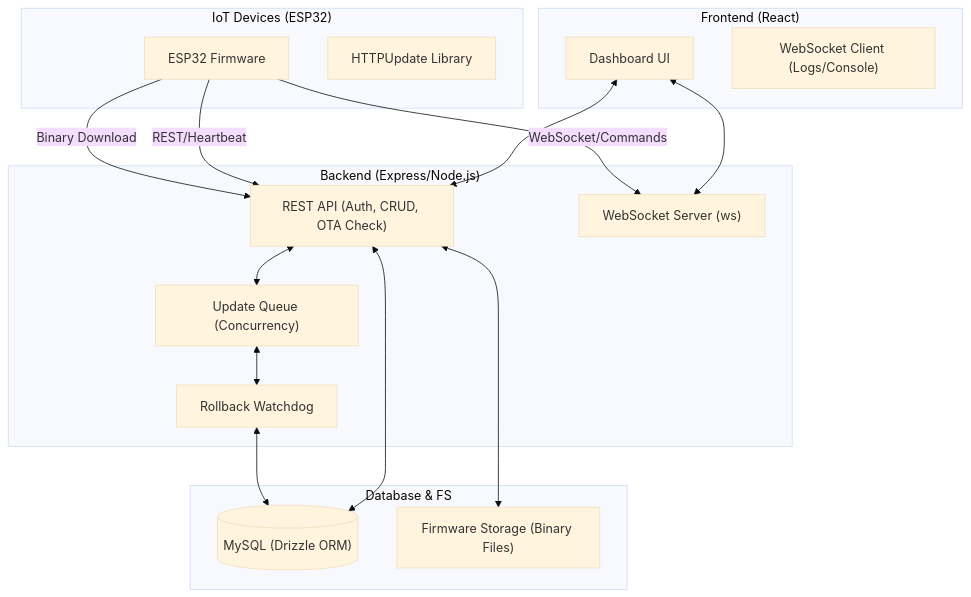
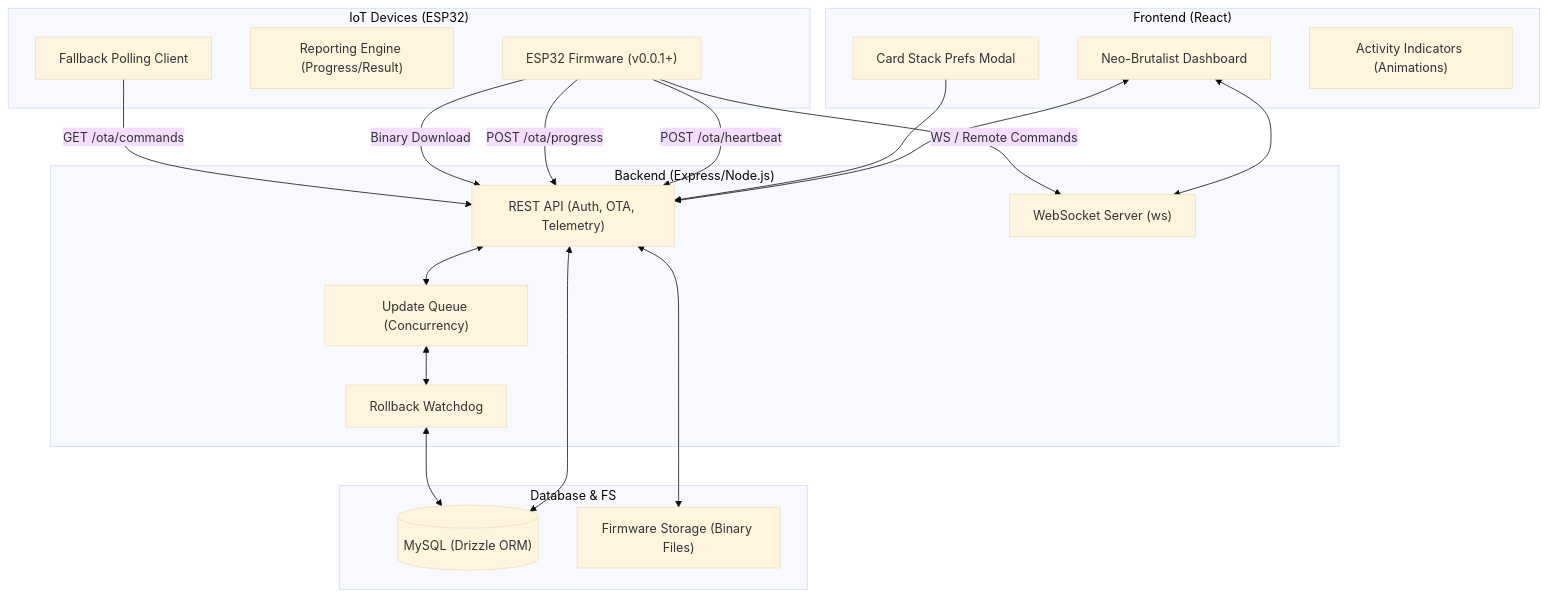
Before and after one commit to satya1541/ota: the first of 2 diagrams in README.md, drawn with Mermaid (base theme). The commit also changed other lines of this file, not shown here.

Commit message:
docs: update system architecture and OTA lifecycle diagrams in README

````diff
--- a/README.md
+++ b/README.md
@@ -97,36 +97,41 @@
 ```mermaid
 graph TD
     subgraph Client_Layer["Frontend (React)"]
-        UI["Dashboard UI"]
-        WS_C["WebSocket Client (Logs/Console)"]
+        UI["Neo-Brutalist Dashboard"]
+        CS["Card Stack Prefs Modal"]
+        INDICATOR["Activity Indicators (Animations)"]
     end
 
     subgraph Server_Layer["Backend (Express/Node.js)"]
-        API["REST API (Auth, CRUD, OTA Check)"]
+        API["REST API (Auth, OTA, Telemetry)"]
         WS_S["WebSocket Server (ws)"]
         UQ["Update Queue (Concurrency)"]
         WD["Rollback Watchdog"]
     end
 
     subgraph Storage_Layer["Database & FS"]
         DB[("MySQL (Drizzle ORM)")]
         FS["Firmware Storage (Binary Files)"]
     end
 
     subgraph Device_Layer["IoT Devices (ESP32)"]
-        ESP["ESP32 Firmware"]
-        HU["HTTPUpdate Library"]
+        ESP["ESP32 Firmware (v0.0.1+)"]
+        REP["Reporting Engine (Progress/Result)"]
+        POLL["Fallback Polling Client"]
     end
 
     UI <--> API
     UI <--> WS_S
+    CS --> API
     API <--> DB
     API <--> FS
     API <--> UQ
     UQ <--> WD
     WD <--> DB
     
-    ESP -- REST/Heartbeat --> API
-    ESP -- WebSocket/Commands --> WS_S
+    ESP -- POST /ota/heartbeat --> API
+    ESP -- WS / Remote Commands --> WS_S
+    ESP -- POST /ota/progress --> API
     ESP -- Binary Download --> API
+    POLL -- GET /ota/commands --> API
 ```
````
